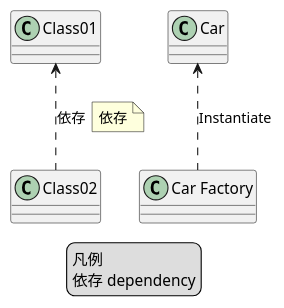
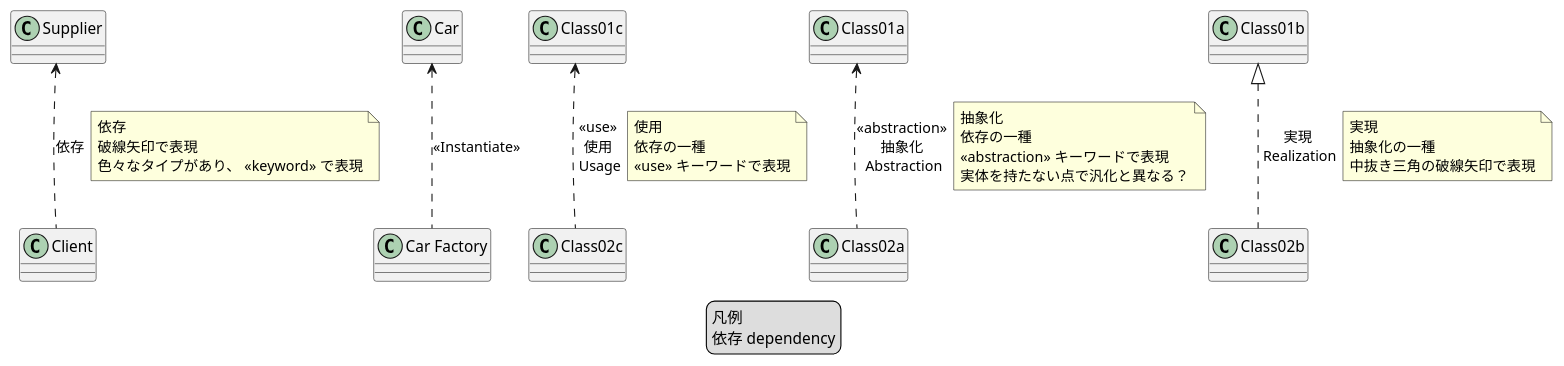
One commit to peregrin8alde/learn-ossdb-gold changed the diagram in site/content/ja/docs/Appendix/uml/class/puml/legend/classe-legend-dependency.puml. Above: the diagram before and after it, drawn with PlantUML. The commit also changed 3 other files, not shown here.

```diff
--- a/site/content/ja/docs/Appendix/uml/class/puml/legend/classe-legend-dependency.puml
+++ b/site/content/ja/docs/Appendix/uml/class/puml/legend/classe-legend-dependency.puml
@@ -1,18 +1,50 @@
 @startuml
 /'
 "Class01" "*" -- "*" "Class02" : "依存\n dependency"
 '/
 legend
 凡例
 依存 dependency
 endlegend
 
-"Class01" <.. "Class02" : "依存"
+/'
+A Dependency implies that the semantics of the clients are not complete without the suppliers. 
+The presence of Dependency relationships in a model does not have any runtime semantic implications. 
+The semantics are all given in terms of the NamedElements that participate in the relationship, not in terms of their instances.
+'/
+
+"Supplier" <.. "Client" : "依存"
 note right on link
 依存
+破線矢印で表現
+色々なタイプがあり、 <<keyword>> で表現
 end note
 
-"Car" <.. "Car Factory" : "Instantiate"
+"Car" <.. "Car Factory" : "<<Instantiate>>"
+
+
+"Class01c" <.. "Class02c" : "<<use>>\n使用\n Usage"
+note right on link
+使用
+依存の一種
+<<use>> キーワードで表現
+end note
+
+"Class01a" <.. "Class02a" : "<<abstraction>>\n抽象化\n Abstraction"
+note right on link
+抽象化
+依存の一種
+<<abstraction>> キーワードで表現
+実体を持たない点で汎化と異なる？
+end note
+
+
+"Class01b" <|.. "Class02b" : "実現\n Realization"
+note right on link
+実現
+抽象化の一種
+中抜き三角の破線矢印で表現
+end note
 
 
 @enduml
```
